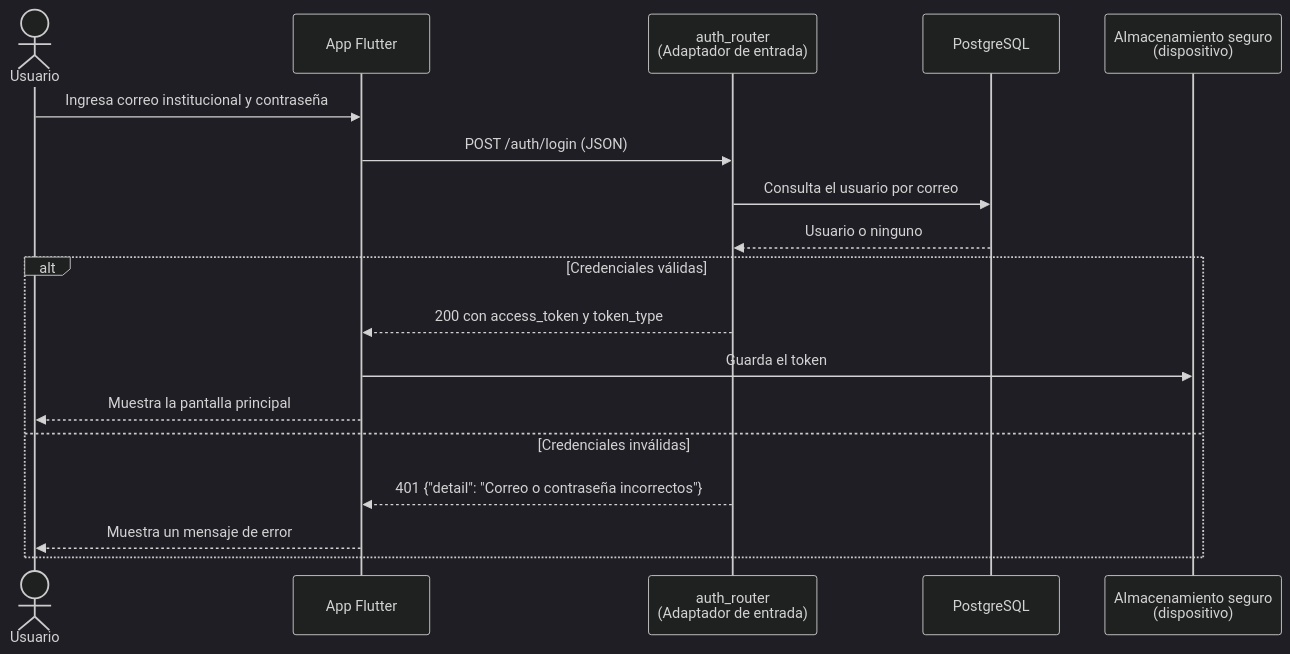
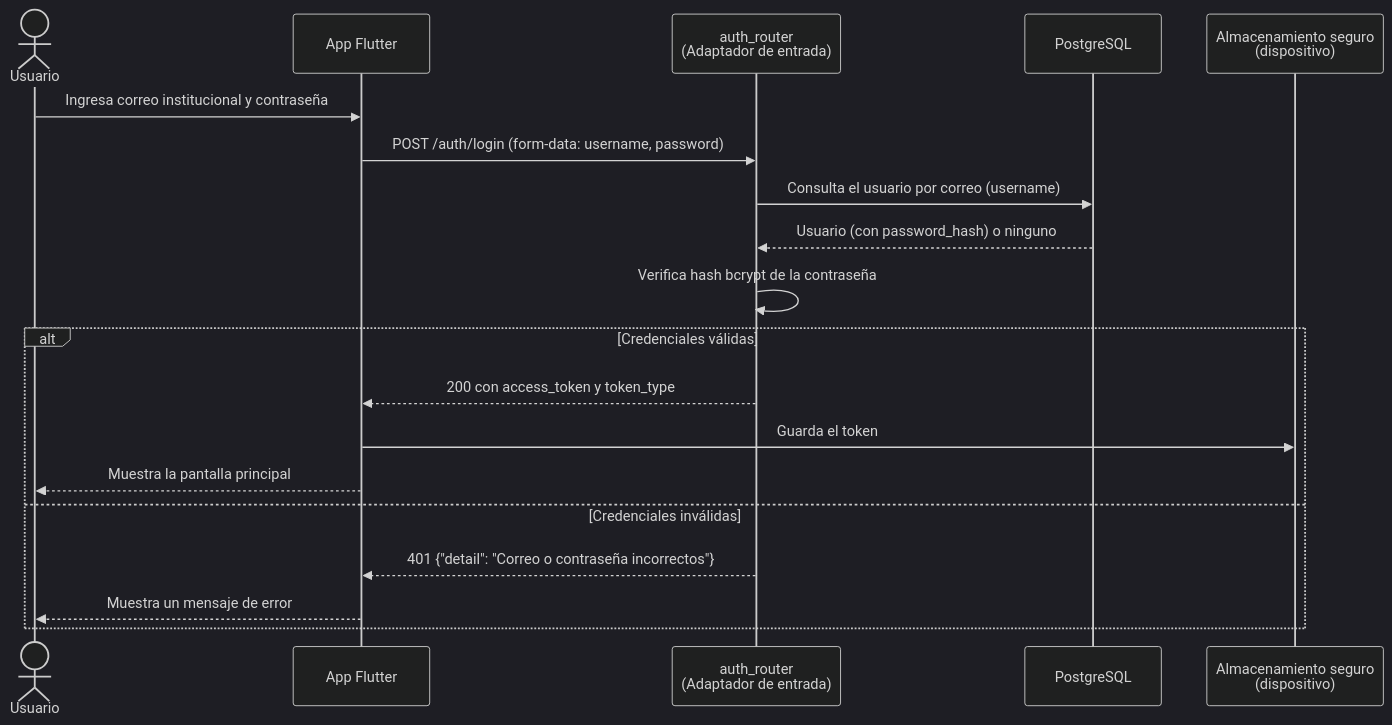
The second of 3 diagrams in docs/arc42/06_vista_de_ejecucion.md (ISCOUTB/AS_202620_Clubs_UTB), drawn with Mermaid (dark theme) before and after one commit. The commit also changed other lines of this file and 20 other files, not shown here.

````diff
--- a/docs/arc42/06_vista_de_ejecucion.md
+++ b/docs/arc42/06_vista_de_ejecucion.md
@@ -35,21 +46,22 @@
 ```mermaid
 sequenceDiagram
     actor U as Usuario
     participant APP as App Flutter
     participant R as auth_router<br/>(Adaptador de entrada)
     participant DB as PostgreSQL
     participant S as Almacenamiento seguro<br/>(dispositivo)
 
     U->>APP: Ingresa correo institucional y contraseña
-    APP->>R: POST /auth/login (JSON)
-    R->>DB: Consulta el usuario por correo
-    DB-->>R: Usuario o ninguno
+    APP->>R: POST /auth/login (form-data: username, password)
+    R->>DB: Consulta el usuario por correo (username)
+    DB-->>R: Usuario (con password_hash) o ninguno
+    R->>R: Verifica hash bcrypt de la contraseña
     alt Credenciales válidas
         R-->>APP: 200 con access_token y token_type
         APP->>S: Guarda el token
         APP-->>U: Muestra la pantalla principal
     else Credenciales inválidas
         R-->>APP: 401 {"detail": "Correo o contraseña incorrectos"}
         APP-->>U: Muestra un mensaje de error
     end
 ```
````
